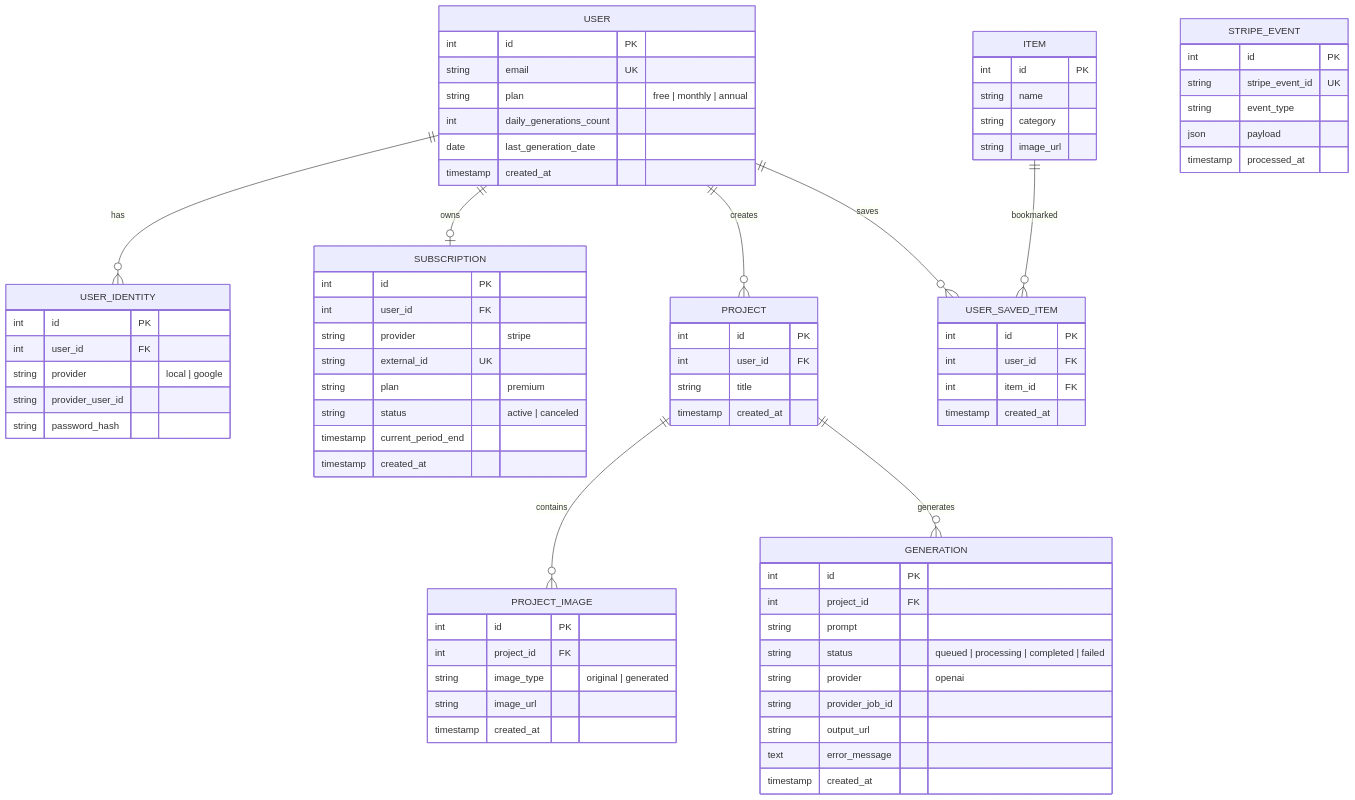
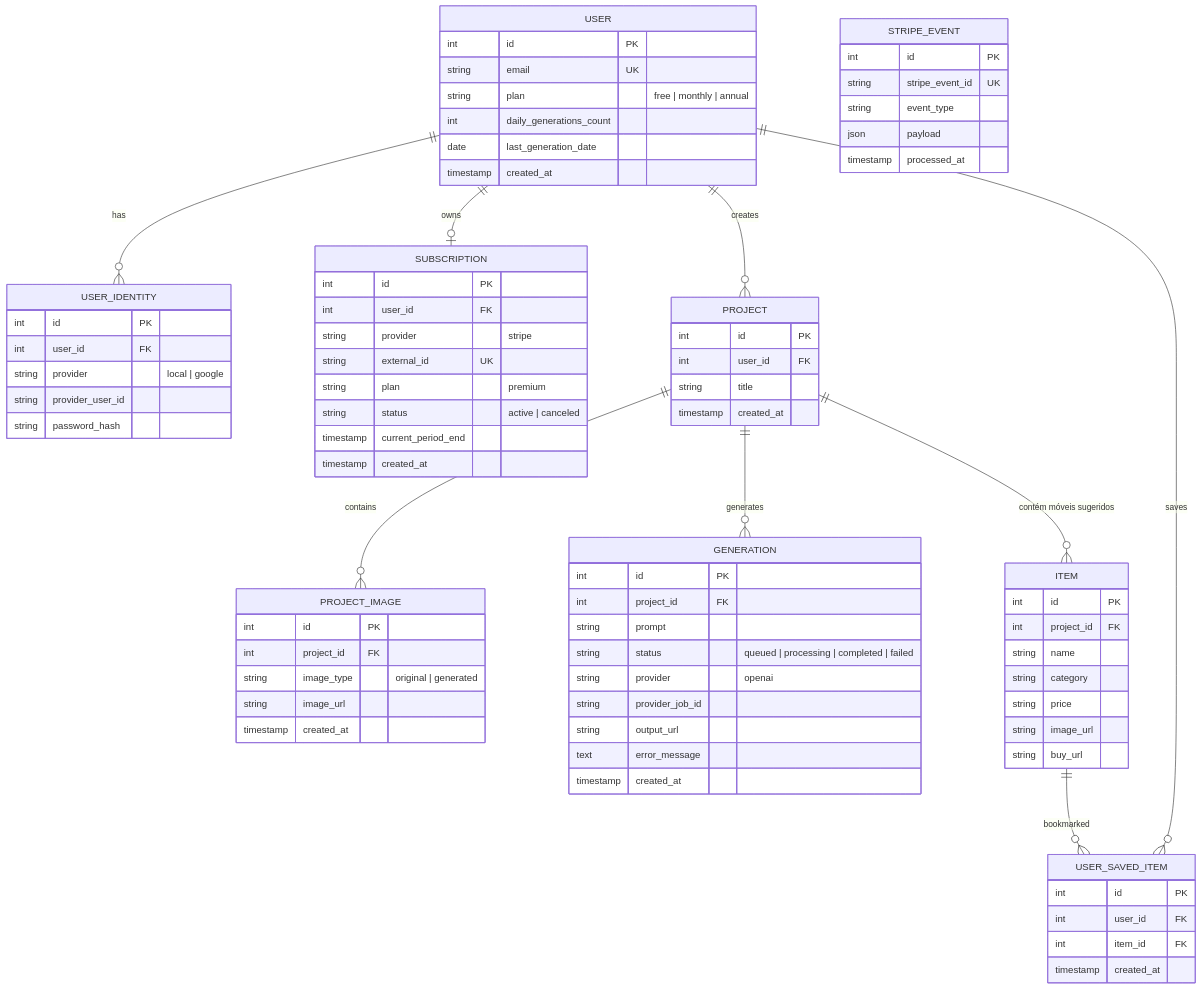
One commit to NelsonZarate/Decozy changed the first of 3 diagrams in README.md. Above: the diagram before and after it, drawn with Mermaid. The commit also changed 18 other files, not shown here.

````diff
--- a/README.md
+++ b/README.md
@@ -82,9 +82,12 @@
 
     ITEM {
         int id PK
+        int project_id FK
         string name
         string category
+        string price
         string image_url
+        string buy_url
     }
 
     USER_SAVED_ITEM {
@@ -109,6 +112,7 @@
 
     PROJECT ||--o{ PROJECT_IMAGE : contains
     PROJECT ||--o{ GENERATION : generates
-
+    PROJECT ||--o{ ITEM : "contém móveis sugeridos"
+    
     ITEM ||--o{ USER_SAVED_ITEM : bookmarked
 ```
````
